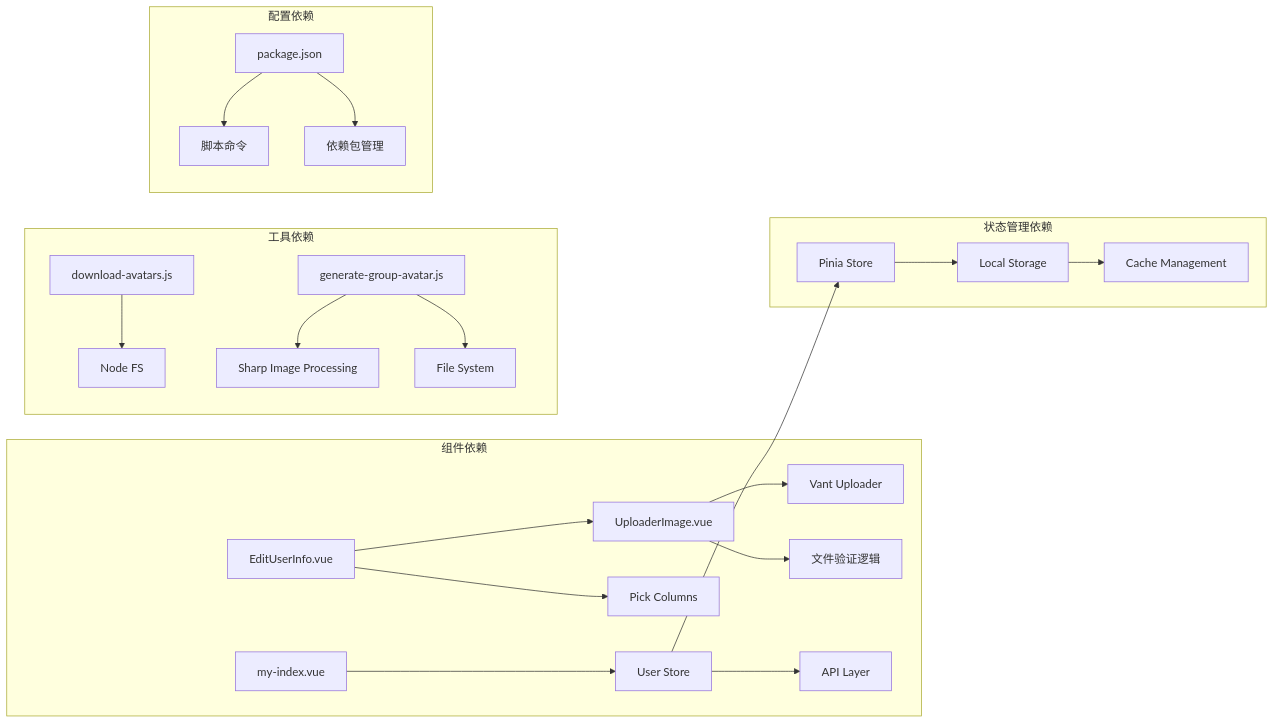
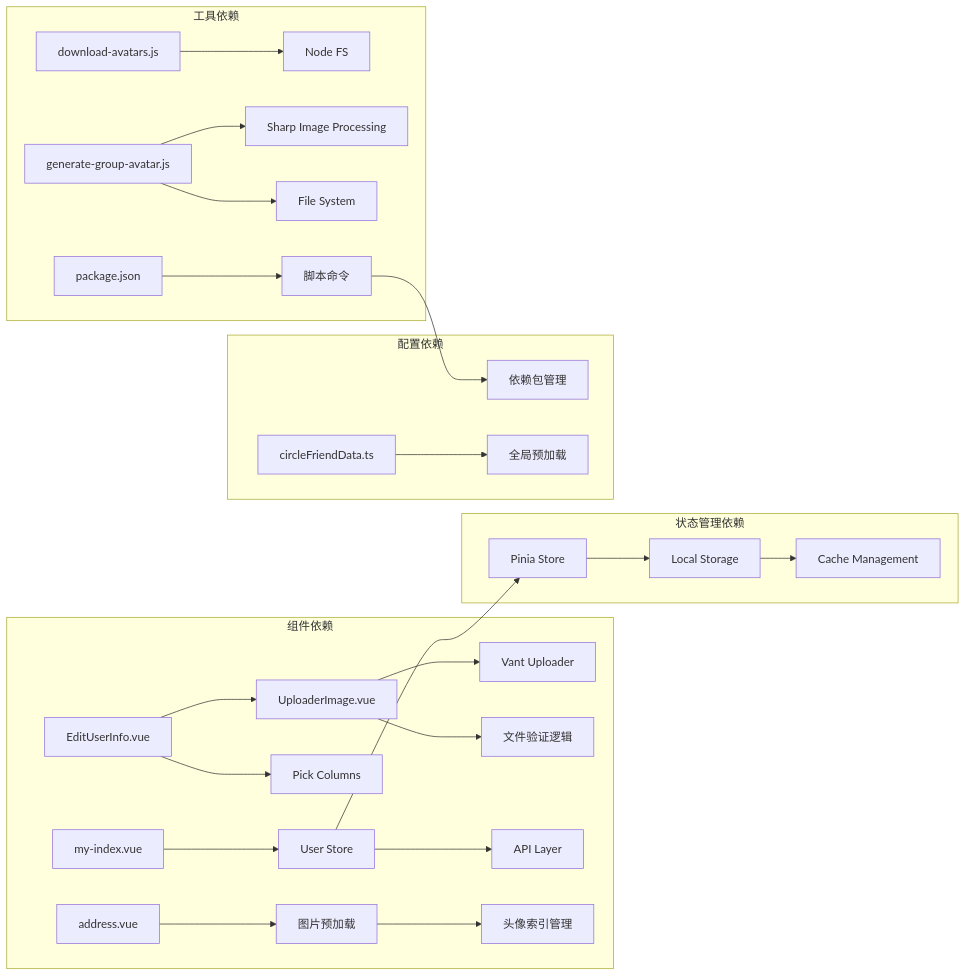
One commit to giserman001/vue3-vant4-mobile changed the tenth of 10 diagrams in .qoder/repowiki/zh/content/核心系统/头像管理系统.md. Above: the diagram before and after it, drawn with Mermaid. The commit also changed other lines of this file and 1 other file, not shown here.

First line of the commit message:
feat(address): 完善头像索引管理与图片预加载机制

````diff
--- a/.qoder/repowiki/zh/content/核心系统/头像管理系统.md
+++ b/.qoder/repowiki/zh/content/核心系统/头像管理系统.md
@@ -312,25 +354,28 @@
 ```mermaid
 graph LR
 subgraph "组件依赖"
 A[UploaderImage.vue] --> B[Vant Uploader]
 A --> C[文件验证逻辑]
 D[EditUserInfo.vue] --> A
 D --> E[Pick Columns]
 F[my-index.vue] --> G[User Store]
 G --> H[API Layer]
+I[address.vue] --> J[图片预加载]
+J --> K[头像索引管理]
 end
 subgraph "状态管理依赖"
-G --> I[Pinia Store]
-I --> J[Local Storage]
-J --> K[Cache Management]
+G --> L[Pinia Store]
+L --> M[Local Storage]
+M --> N[Cache Management]
 end
 subgraph "工具依赖"
-L[download-avatars.js] --> M[Node FS]
-N[generate-group-avatar.js] --> O[Sharp Image Processing]
-N --> P[File System]
+O[download-avatars.js] --> P[Node FS]
+Q[generate-group-avatar.js] --> R[Sharp Image Processing]
+Q --> S[File System]
+T[package.json] --> U[脚本命令]
 end
 subgraph "配置依赖"
-Q[package.json] --> R[脚本命令]
-Q --> S[依赖包管理]
+U --> V[依赖包管理]
+W[circleFriendData.ts] --> X[全局预加载]
 end
 ```
````
